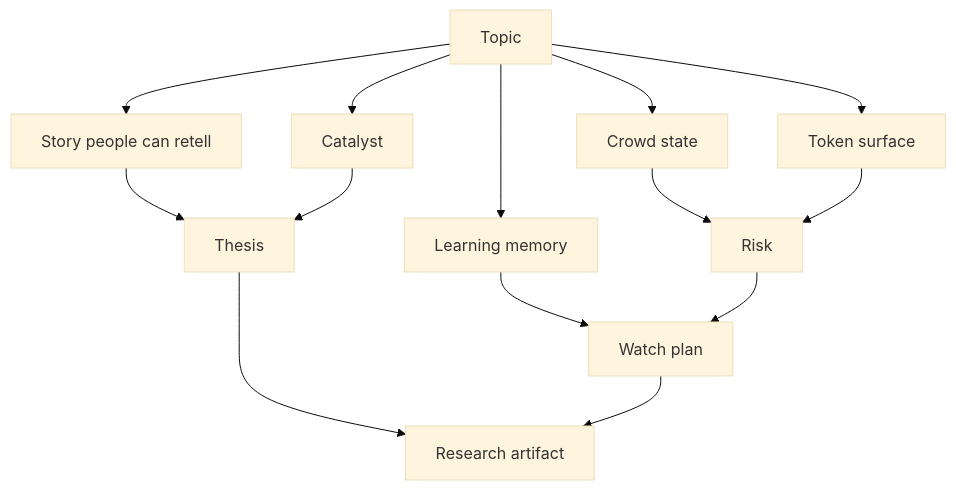
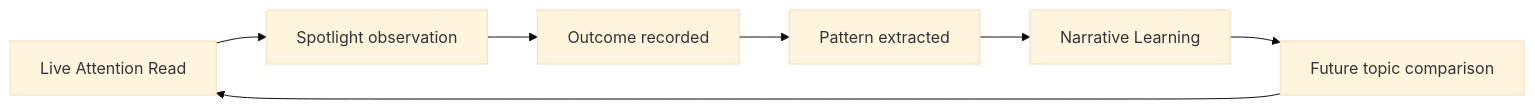
The ninth of 10 diagrams in README.md (animeme99/Animeme-Agent), drawn with Mermaid (base theme) before and after one commit. The commit also changed other lines of this file, not shown here.

Commit message:
Refocus README graphs on attention analysis

````diff
--- a/README.md
+++ b/README.md
@@ -298,17 +307,9 @@
 ```mermaid
-flowchart TB
-    Topic["Topic"]
-    Topic --> Story["Story people can retell"]
-    Topic --> Catalyst["Catalyst"]
-    Topic --> Crowd["Crowd state"]
-    Topic --> Token["Token surface"]
-    Topic --> Memory["Learning memory"]
-    Story --> Thesis["Thesis"]
-    Catalyst --> Thesis
-    Crowd --> Risk["Risk"]
-    Token --> Risk
-    Memory --> Watch["Watch plan"]
-    Risk --> Watch
-    Thesis --> Artifact["Research artifact"]
-    Watch --> Artifact
+flowchart LR
+    A["Live Attention Read"] --> B["Spotlight observation"]
+    B --> C["Outcome recorded"]
+    C --> D["Pattern extracted"]
+    D --> E["Narrative Learning"]
+    E --> F["Future topic comparison"]
+    F --> A
 ```
````
